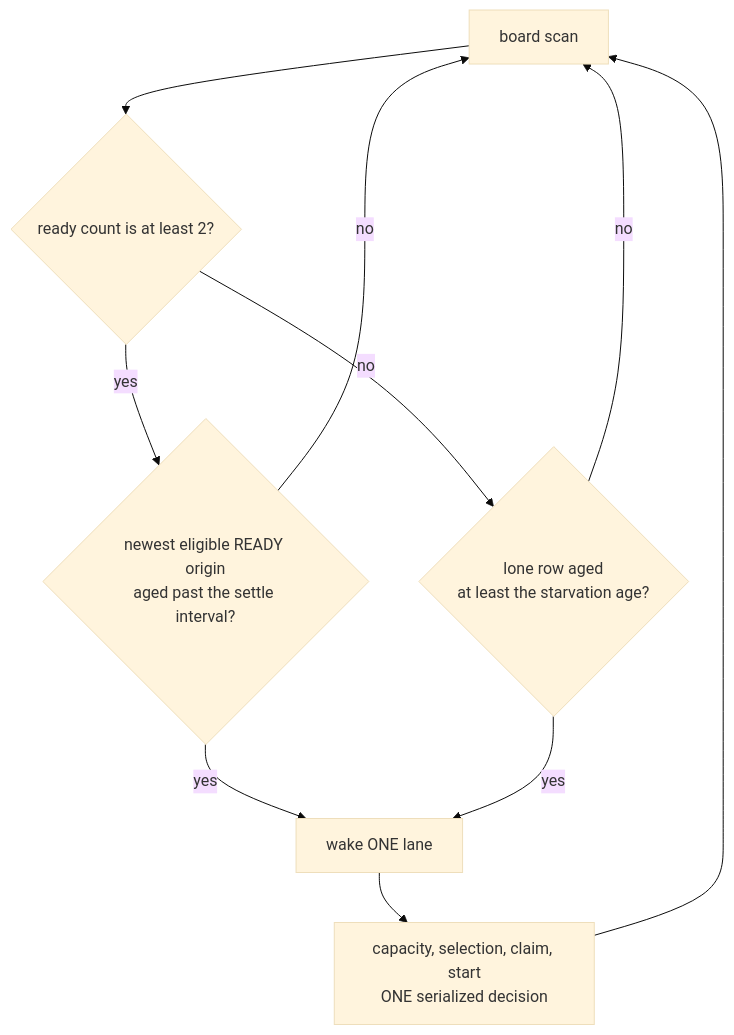
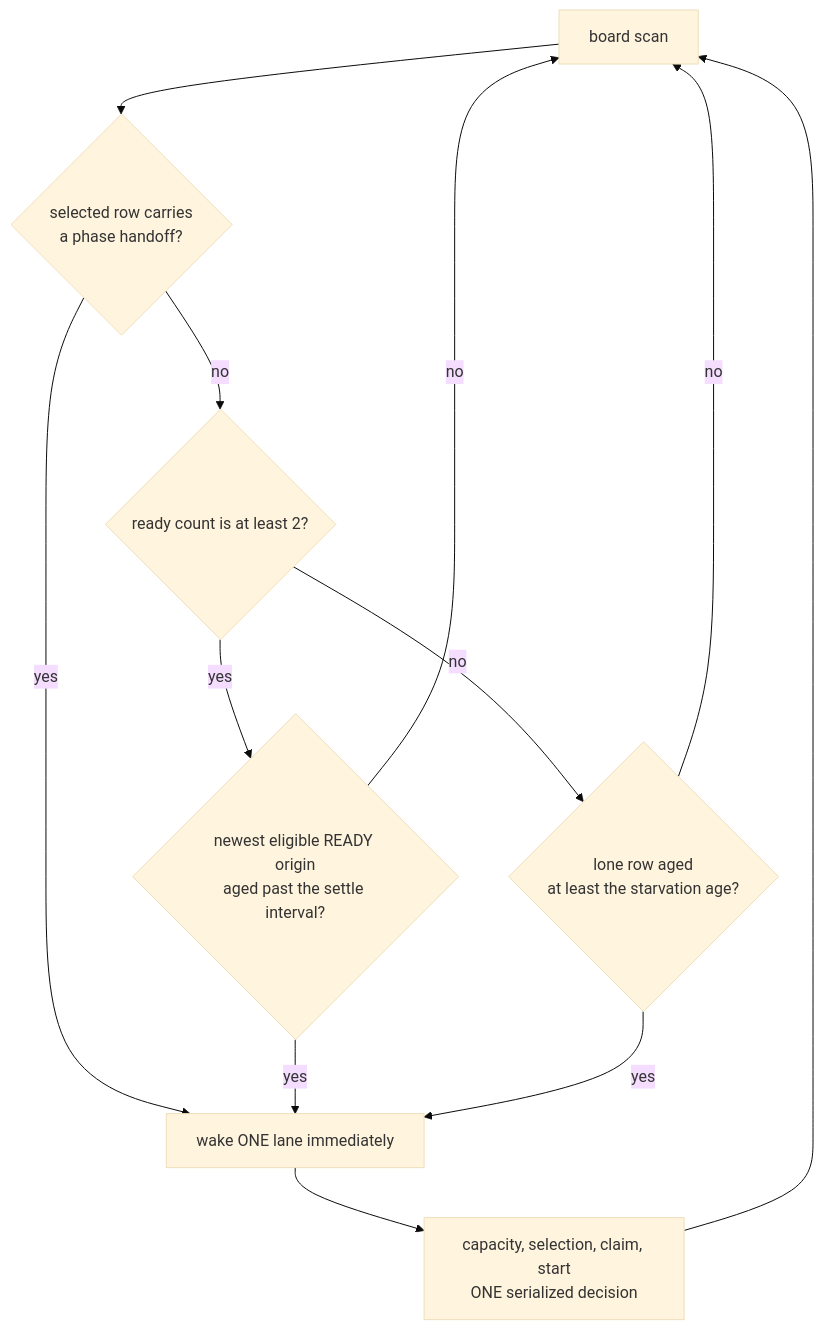
One commit to infimalabs/spice-rust changed the third of 10 diagrams in docs/product/model/decisions.md. Above: the diagram before and after it, drawn with Mermaid (base theme). The commit also changed other lines of this file and 23 other files, not shown here.

Commit message:
scheduler: Coordinate phase handoff across idle teammates ALLOCAT-dVVJKBCV4

````diff
--- a/docs/product/model/decisions.md
+++ b/docs/product/model/decisions.md
@@ -99,12 +107,14 @@
 ```mermaid
 flowchart TD
-  S["board scan"] --> N{"ready count is at least 2?"}
+  S["board scan"] --> H{"selected row carries<br/>a phase handoff?"}
+  H -- yes --> W["wake ONE lane immediately"]
+  H -- no --> N{"ready count is at least 2?"}
   N -- yes --> ST{"newest eligible READY origin<br/>aged past the settle interval?"}
   N -- no --> LO{"lone row aged<br/>at least the starvation age?"}
-  ST -- yes --> W["wake ONE lane"]
+  ST -- yes --> W
   ST -- no --> S
   LO -- yes --> W
   LO -- no --> S
   W --> SER["capacity, selection, claim, start<br/>ONE serialized decision"]
   SER --> S
 ```
````
